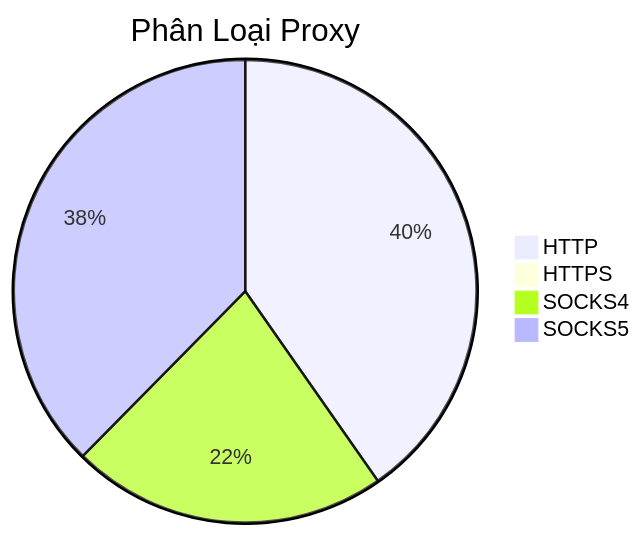
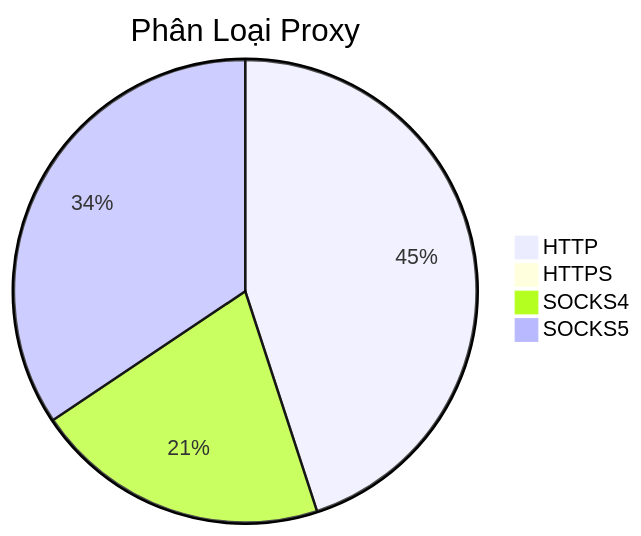
Before and after one commit to Ciara-12/PROXY-free: the diagram in README.md, drawn with Mermaid. The commit also changed other lines of this file and 3 other files, not shown here.

````diff
--- a/README.md
+++ b/README.md
@@ -26,7 +26,7 @@
 ```mermaid
 pie title Phân Loại Proxy
-    "HTTP" : 527
+    "HTTP" : 663
     "HTTPS" : 0
-    "SOCKS4" : 289
-    "SOCKS5" : 492
+    "SOCKS4" : 304
+    "SOCKS5" : 507
 ```
````
